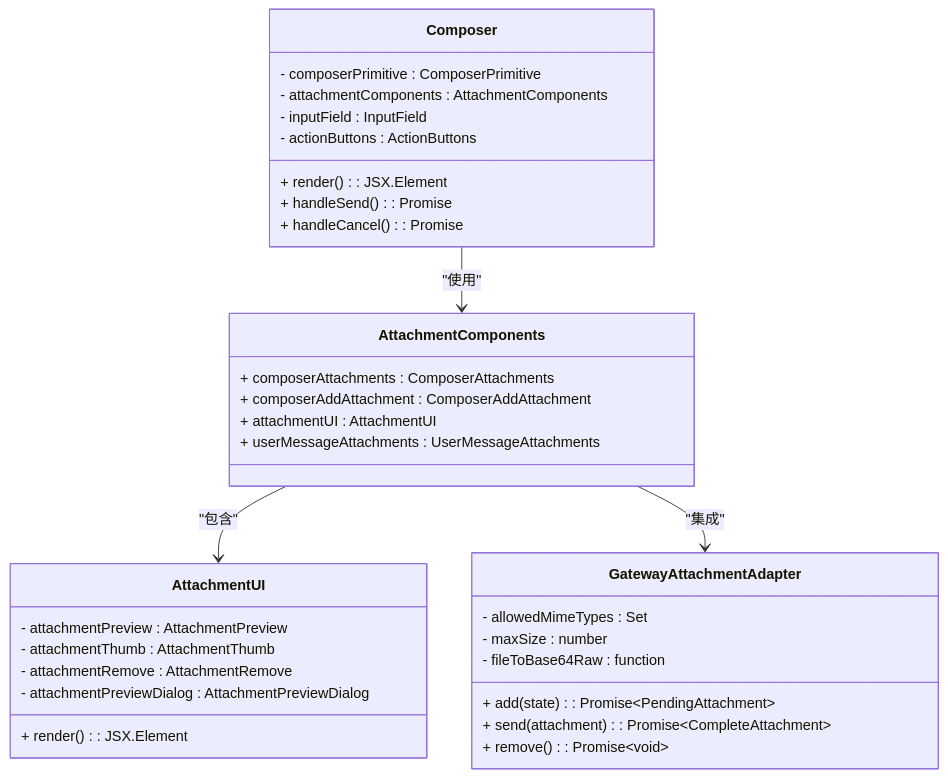
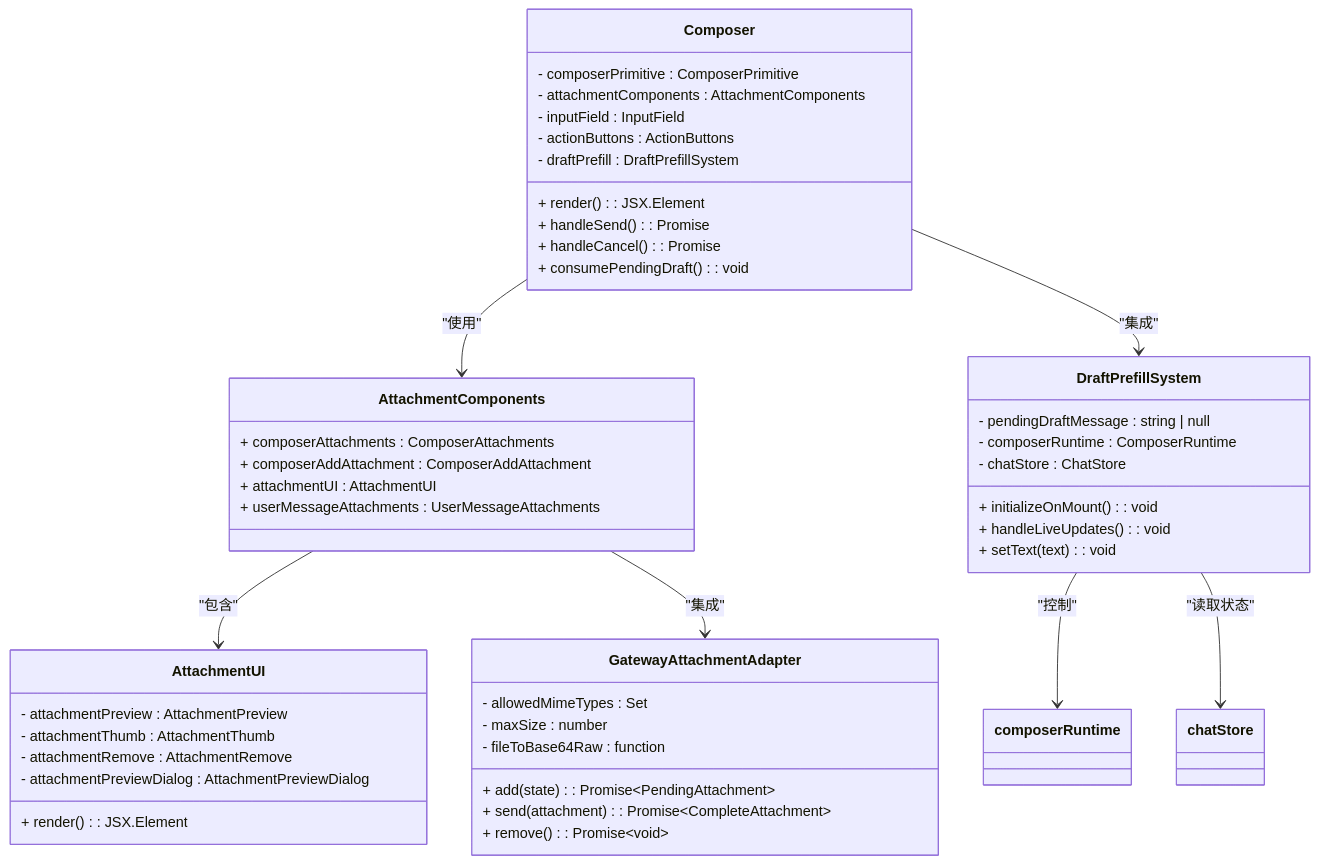
Before and after one commit to verse-ai-org/openclaw: the second of 12 diagrams in .qoder/repowiki/zh/content/Composer Component.md, drawn with Mermaid. The commit also changed other lines of this file and 55 other files, not shown here.

````diff
--- a/.qoder/repowiki/zh/content/Composer Component.md
+++ b/.qoder/repowiki/zh/content/Composer Component.md
@@ -91,36 +109,49 @@
 ```mermaid
 classDiagram
 class Composer {
 - composerPrimitive : ComposerPrimitive
 - attachmentComponents : AttachmentComponents
 - inputField : InputField
 - actionButtons : ActionButtons
+- draftPrefill : DraftPrefillSystem
 + render() : JSX.Element
 + handleSend() : Promise
 + handleCancel() : Promise
++ consumePendingDraft() : void
 }
 class AttachmentComponents {
 + composerAttachments : ComposerAttachments
 + composerAddAttachment : ComposerAddAttachment
 + attachmentUI : AttachmentUI
 + userMessageAttachments : UserMessageAttachments
+}
+class DraftPrefillSystem {
+- pendingDraftMessage : string | null
+- composerRuntime : ComposerRuntime
+- chatStore : ChatStore
++ initializeOnMount() : void
++ handleLiveUpdates() : void
++ setText(text) : void
 }
 class AttachmentUI {
 - attachmentPreview : AttachmentPreview
 - attachmentThumb : AttachmentThumb
 - attachmentRemove : AttachmentRemove
 - attachmentPreviewDialog : AttachmentPreviewDialog
 + render() : JSX.Element
 }
 class GatewayAttachmentAdapter {
 - allowedMimeTypes : Set
 - maxSize : number
 - fileToBase64Raw : function
 + add(state) : Promise~PendingAttachment~
 + send(attachment) : Promise~CompleteAttachment~
 + remove() : Promise~void~
 }
 Composer --> AttachmentComponents : "使用"
+Composer --> DraftPrefillSystem : "集成"
 AttachmentComponents --> AttachmentUI : "包含"
 AttachmentComponents --> GatewayAttachmentAdapter : "集成"
+DraftPrefillSystem --> composerRuntime : "控制"
+DraftPrefillSystem --> chatStore : "读取状态"
 ```
````
